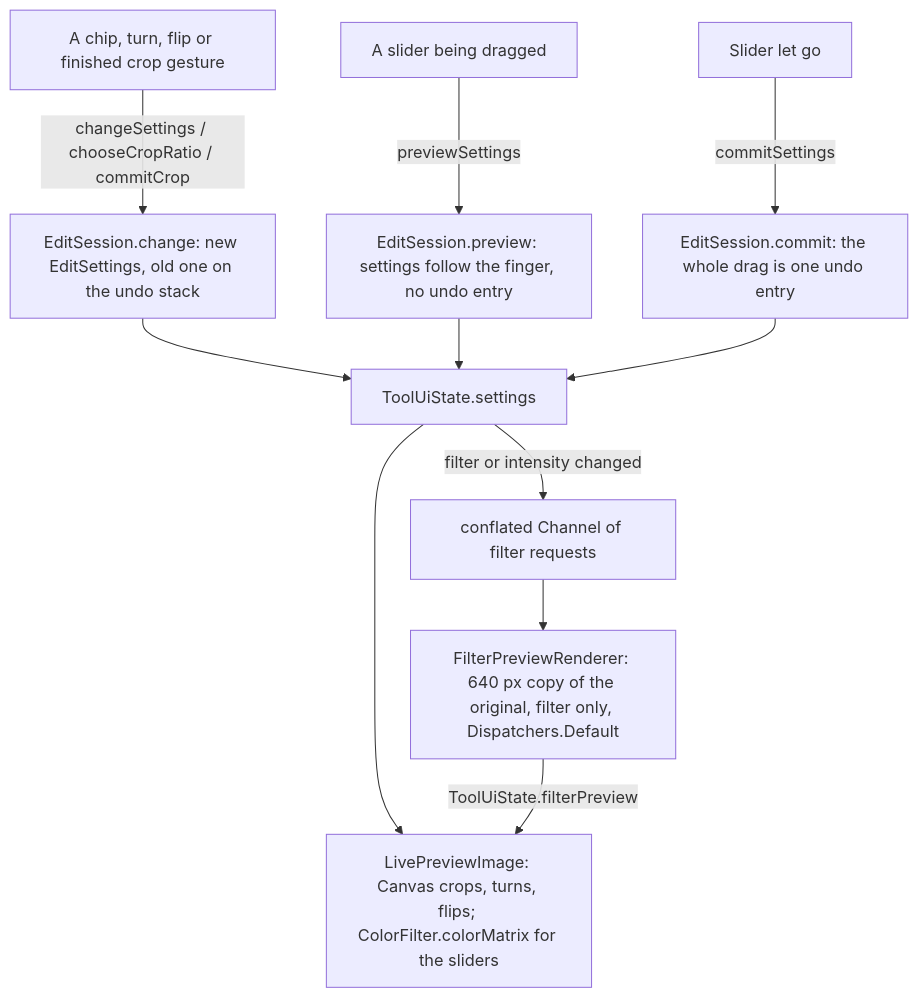
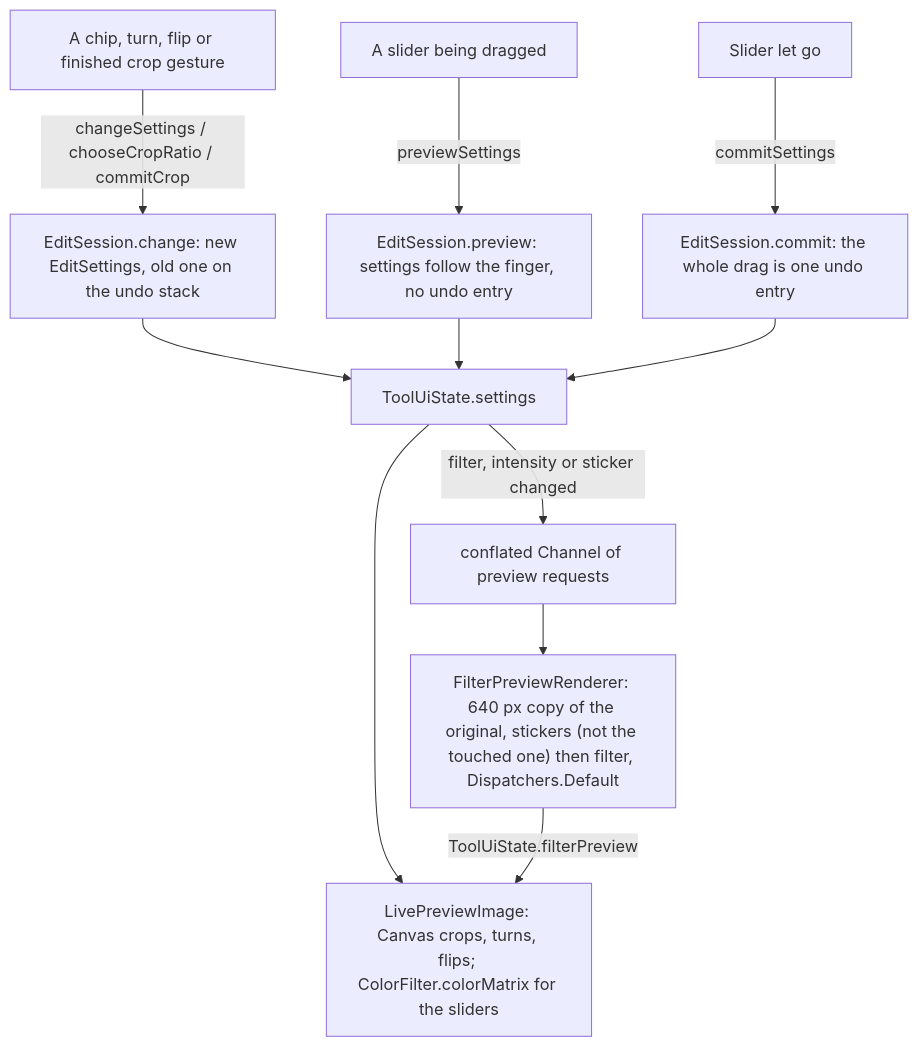
One commit to Phong-Kaster/Kanso changed the first of 4 diagrams in docs/features/edit.md. Above: the diagram before and after it, drawn with Mermaid. The commit also changed other lines of this file and 6 other files, not shown here.

First line of the commit message:
loop(phase-8): Edit docs no longer claim filter-only preview or wrong picture credit

````diff
--- a/docs/features/edit.md
+++ b/docs/features/edit.md
@@ -90,13 +90,13 @@
 ```mermaid
 flowchart TD
     A["A chip, turn, flip or finished crop gesture"] -->|changeSettings / chooseCropRatio / commitCrop| S["EditSession.change: new EditSettings, old one on the undo stack"]
     B["A slider being dragged"] -->|previewSettings| P["EditSession.preview: settings follow the finger, no undo entry"]
     B2["Slider let go"] -->|commitSettings| C["EditSession.commit: the whole drag is one undo entry"]
     S --> U["ToolUiState.settings"]
     P --> U
     C --> U
     U --> L["LivePreviewImage: Canvas crops, turns, flips; ColorFilter.colorMatrix for the sliders"]
-    U -->|filter or intensity changed| Q["conflated Channel of filter requests"]
-    Q --> R["FilterPreviewRenderer: 640 px copy of the original, filter only, Dispatchers.Default"]
+    U -->|filter, intensity or sticker changed| Q["conflated Channel of preview requests"]
+    Q --> R["FilterPreviewRenderer: 640 px copy of the original, stickers (not the touched one) then filter, Dispatchers.Default"]
     R -->|ToolUiState.filterPreview| L
 ```
````
